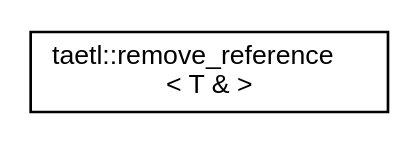
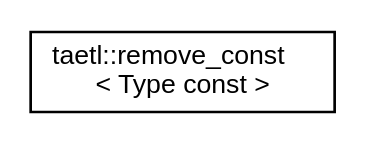
One commit to tobanteAudio/taetl changed the diagram in inherit_graph_18.dot. Above: the diagram before and after it, drawn with Graphviz. The commit also changed 142 other files, not shown here.

```diff
--- a/inherit_graph_18.dot
+++ b/inherit_graph_18.dot
@@ -1,7 +1,7 @@
 digraph "Graphical Class Hierarchy"
 {
   edge [fontname="Helvetica",fontsize="10",labelfontname="Helvetica",labelfontsize="10"];
   node [fontname="Helvetica",fontsize="10",shape=record];
   rankdir="LR";
-  Node0 [label="taetl::remove_reference\l\< T & \>",height=0.2,width=0.4,color="black", fillcolor="white", style="filled",URL="$structtaetl_1_1remove__reference_3_01T_01_6_01_4.html"];
+  Node0 [label="taetl::remove_const\l\< Type const \>",height=0.2,width=0.4,color="black", fillcolor="white", style="filled",URL="$structtaetl_1_1remove__const_3_01Type_01const_01_4.html"];
 }
```
